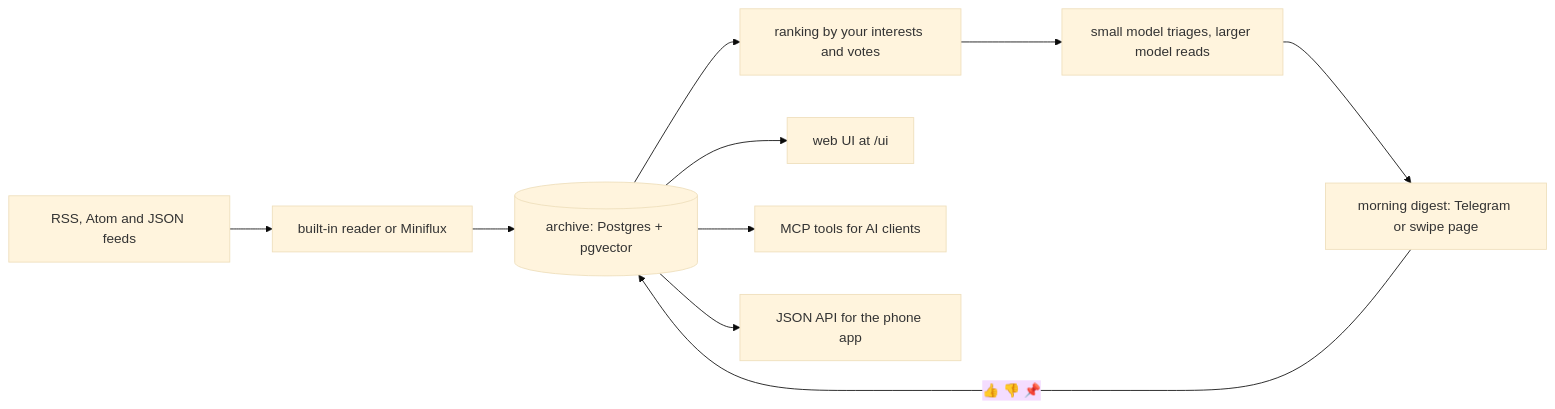
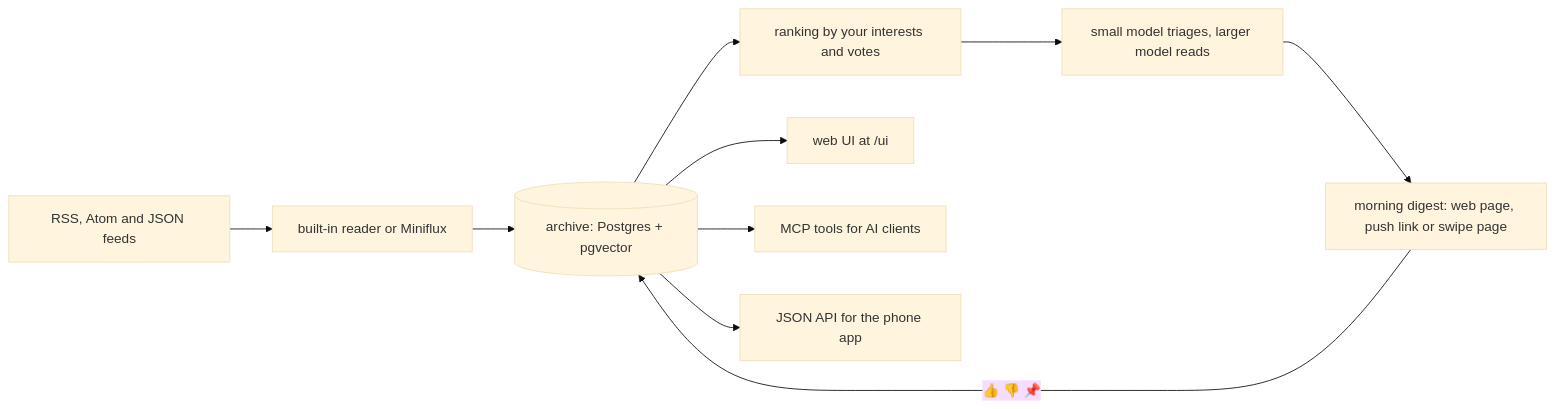
One commit to Egoushka/feed-eater changed the diagram in README.md. Above: the diagram before and after it, drawn with Mermaid (base theme). The commit also changed other lines of this file and 93 other files, not shown here.

First line of the commit message:
feat: Telegram off, ntfy push links to the inbox page (#75)

````diff
--- a/README.md
+++ b/README.md
@@ -17,12 +17,12 @@
 ```mermaid
 flowchart LR
   feeds[RSS, Atom and JSON feeds] --> reader[built-in reader or Miniflux]
   reader --> archive[(archive: Postgres + pgvector)]
   archive --> rank[ranking by your interests and votes]
   rank --> models[small model triages, larger model reads]
-  models --> out[morning digest: Telegram or swipe page]
+  models --> out[morning digest: web page, push link or swipe page]
   out -- "👍 👎 📌" --> archive
   archive --> ui[web UI at /ui]
   archive --> mcp[MCP tools for AI clients]
   archive --> api[JSON API for the phone app]
 ```
````
